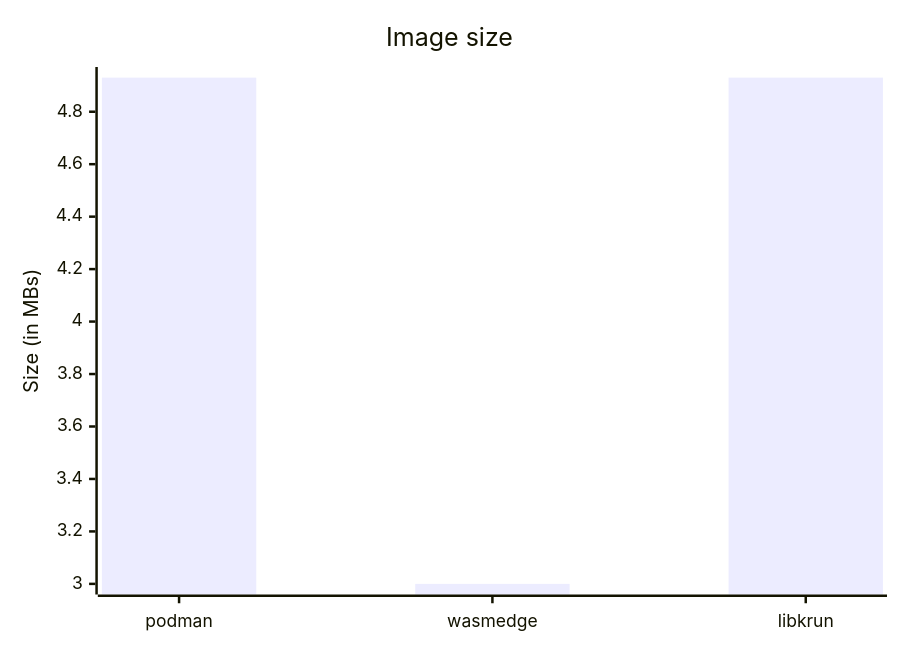
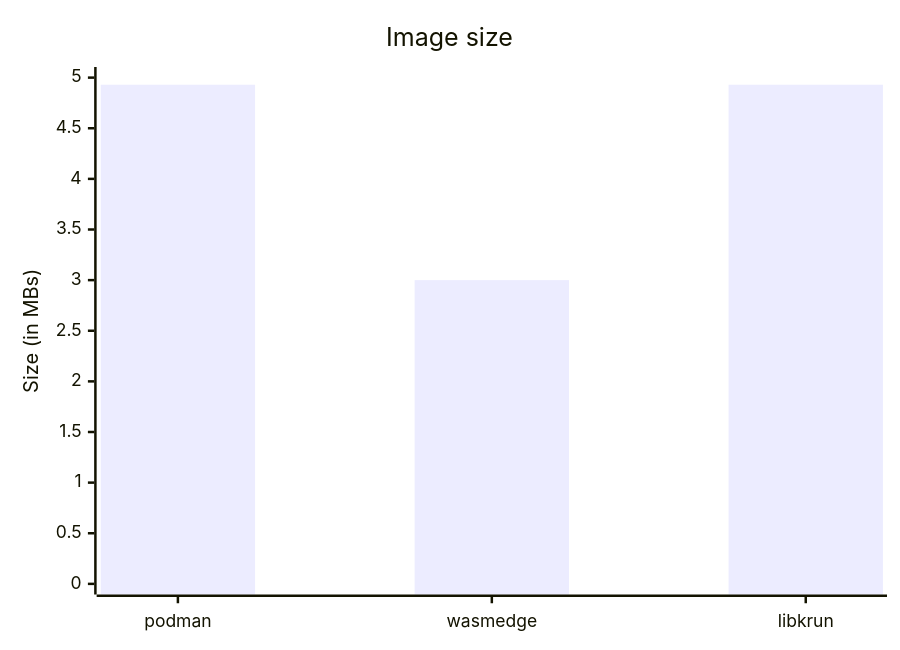
Before and after one commit to josecastillolema/test: the diagram in README.md, drawn with Mermaid.

````diff
--- a/README.md
+++ b/README.md
@@ -1,7 +1,7 @@
 ```mermaid
 xychart-beta
     title "Image size"
     x-axis [podman, wasmedge, libkrun]
-    y-axis "Size (in MBs)"
+    y-axis "Size (in MBs)" 0 --> 5
     bar [4.93, 3, 4.93]
 ```
````
